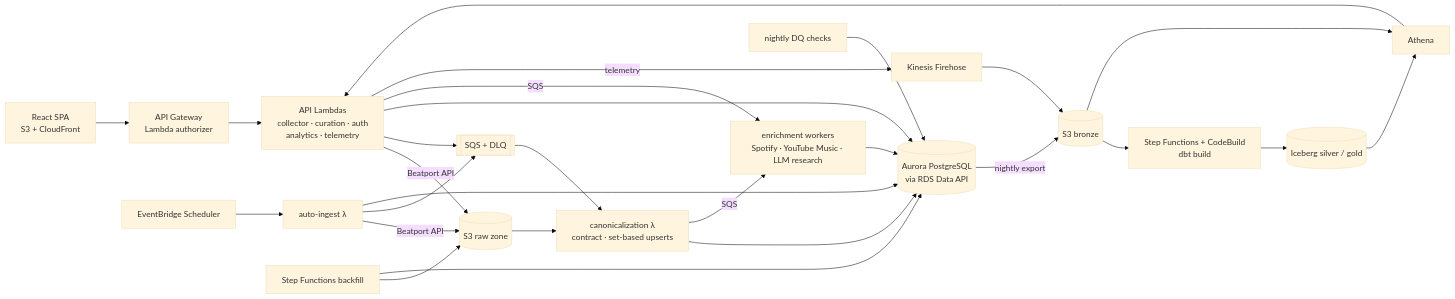
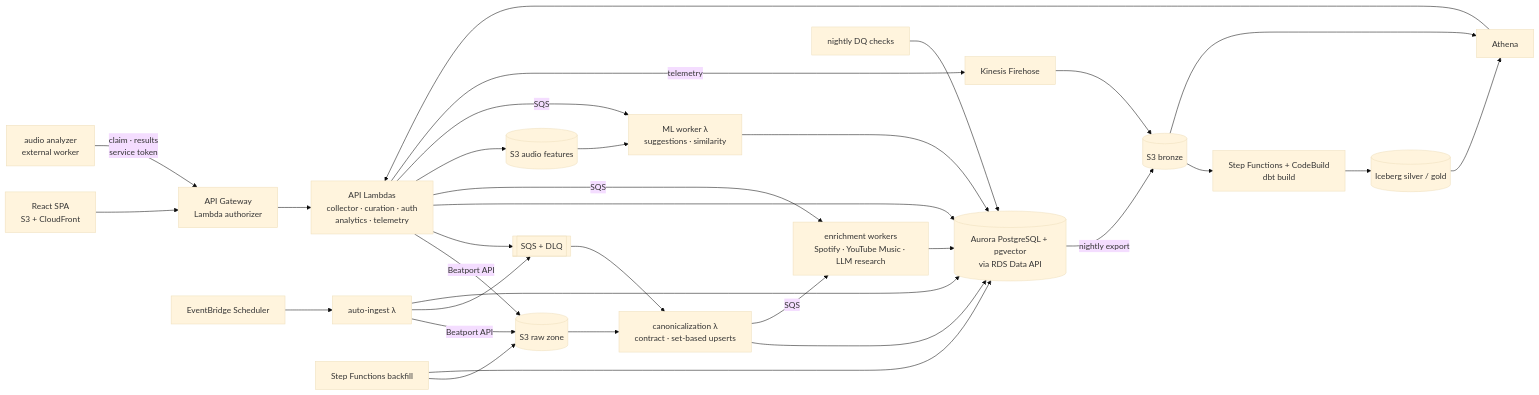
One commit to tarodo/clouder-core changed the diagram in README.md. Above: the diagram before and after it, drawn with Mermaid (base theme). The commit also changed other lines of this file, not shown here.

First line of the commit message:
docs(readme): add audio analysis, ML, similar tracks

````diff
--- a/README.md
+++ b/README.md
@@ -37,21 +40,25 @@
 ```mermaid
 flowchart LR
   SPA["React SPA<br/>S3 + CloudFront"] --> APIGW["API Gateway<br/>Lambda authorizer"]
   APIGW --> API["API Lambdas<br/>collector · curation · auth<br/>analytics · telemetry"]
   SCHED["EventBridge Scheduler"] --> AI["auto-ingest λ"]
   API & AI -->|"Beatport API"| RAW[("S3 raw zone")]
   API & AI --> Q[["SQS + DLQ"]]
   API & AI --> DB
   Q --> CAN["canonicalization λ<br/>contract · set-based upserts"]
   RAW --> CAN
-  CAN --> DB[("Aurora PostgreSQL<br/>via RDS Data API")]
+  CAN --> DB[("Aurora PostgreSQL + pgvector<br/>via RDS Data API")]
   CAN -->|SQS| ENR["enrichment workers<br/>Spotify · YouTube Music · LLM research"]
   API -->|SQS| ENR
   ENR --> DB
+  ANZ["audio analyzer<br/>external worker"] -->|"claim · results<br/>service token"| APIGW
+  API --> FS[("S3 audio features")]
+  API -->|SQS| ML["ML worker λ<br/>suggestions · similarity"]
+  FS --> ML --> DB
   BF["Step Functions backfill"] --> RAW & DB
   DQ["nightly DQ checks"] --> DB
   API -->|telemetry| FH["Kinesis Firehose"] --> BRZ[("S3 bronze")]
   DB -->|nightly export| BRZ
   BRZ --> DBT["Step Functions + CodeBuild<br/>dbt build"] --> SIL[("Iceberg silver / gold")]
   SIL & BRZ --> ATH["Athena"] --> API
 ```
````
